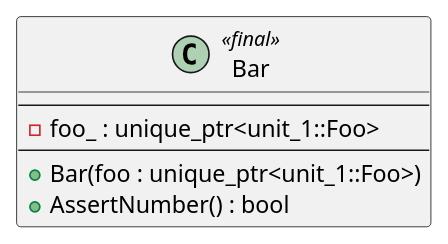
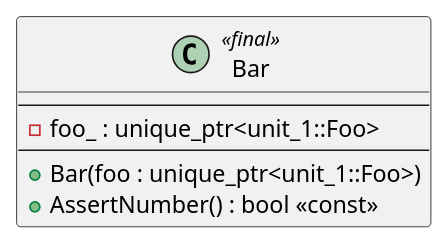
One commit to eclipse-score/tooling changed the diagram in bazel/rules/rules_score/examples/seooc/unit_2/docs/unit_2_class_diagram.puml. Above: the diagram before and after it, drawn with PlantUML. The commit also changed 51 other files, not shown here.

```diff
--- a/bazel/rules/rules_score/examples/seooc/unit_2/docs/unit_2_class_diagram.puml
+++ b/bazel/rules/rules_score/examples/seooc/unit_2/docs/unit_2_class_diagram.puml
@@ -14,14 +14,14 @@
 @startuml unit_2_class_diagram
 
 ' Detail of `Bar`. No namespace: the declaration matches the bodyless `Bar` of
 ' unit_2_overview.puml (name, element type and stereotype) and is anchored onto
 ' `unit_2`.
 class Bar <<final>> {
     --
     - foo_ : unique_ptr<unit_1::Foo>
     --
     + Bar(foo : unique_ptr<unit_1::Foo>)
-    + AssertNumber() : bool
+    + AssertNumber() : bool <<const>>
 }
 
 @enduml
```
